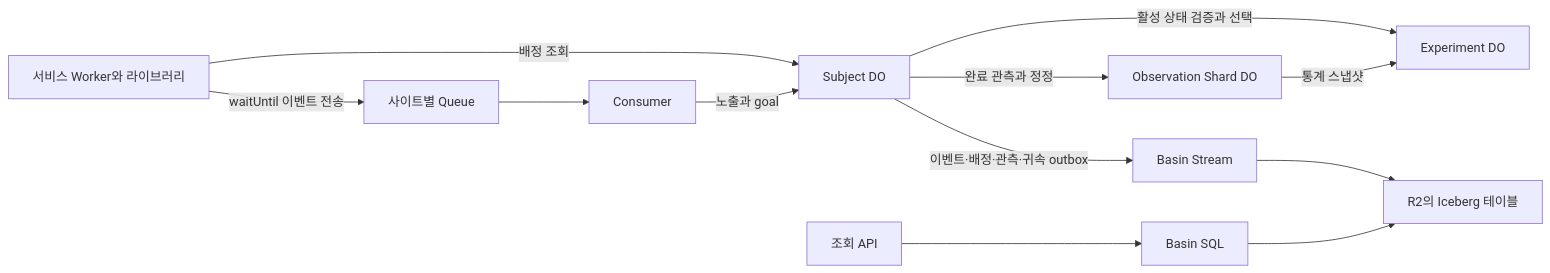
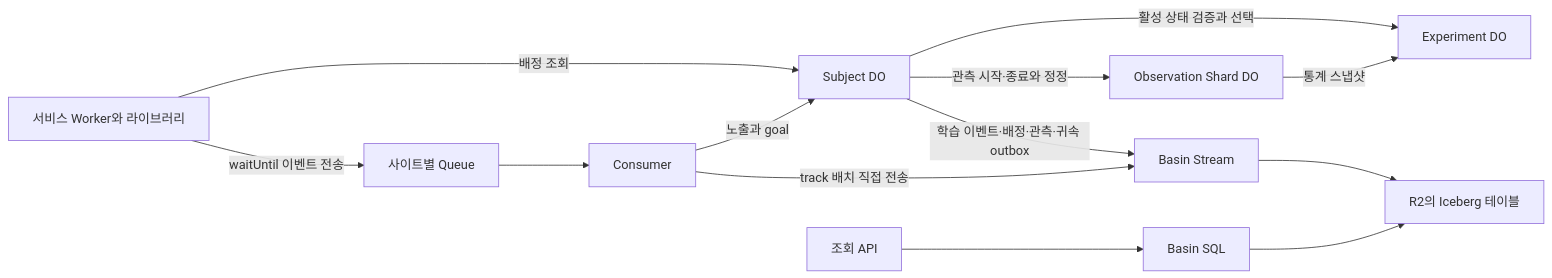
The diagram in TECHNICAL_DESIGN.md (corca-ai/eye), drawn with Mermaid before and after one commit. The commit also changed other lines of this file and 38 other files, not shown here.

````diff
--- a/TECHNICAL_DESIGN.md
+++ b/TECHNICAL_DESIGN.md
@@ -9,14 +11,15 @@
 ```mermaid
 flowchart LR
     App[서비스 Worker와 라이브러리] -->|배정 조회| Subject[Subject DO]
     Subject -->|활성 상태 검증과 선택| Experiment[Experiment DO]
     App -->|waitUntil 이벤트 전송| Queue[사이트별 Queue]
     Queue --> Consumer[Consumer]
     Consumer -->|노출과 goal| Subject
-    Subject -->|완료 관측과 정정| Stats[Observation Shard DO]
+    Subject -->|관측 시작·종료와 정정| Stats[Observation Shard DO]
     Stats -->|통계 스냅샷| Experiment
-        Subject -->|이벤트·배정·관측·귀속 outbox| Stream[Basin Stream]
+    Subject -->|학습 이벤트·배정·관측·귀속 outbox| Stream[Basin Stream]
+    Consumer -->|track 배치 직접 전송| Stream
     Stream --> Tables[R2의 Iceberg 테이블]
     Query[조회 API] --> SQL[Basin SQL]
     SQL --> Tables
 ```
````
